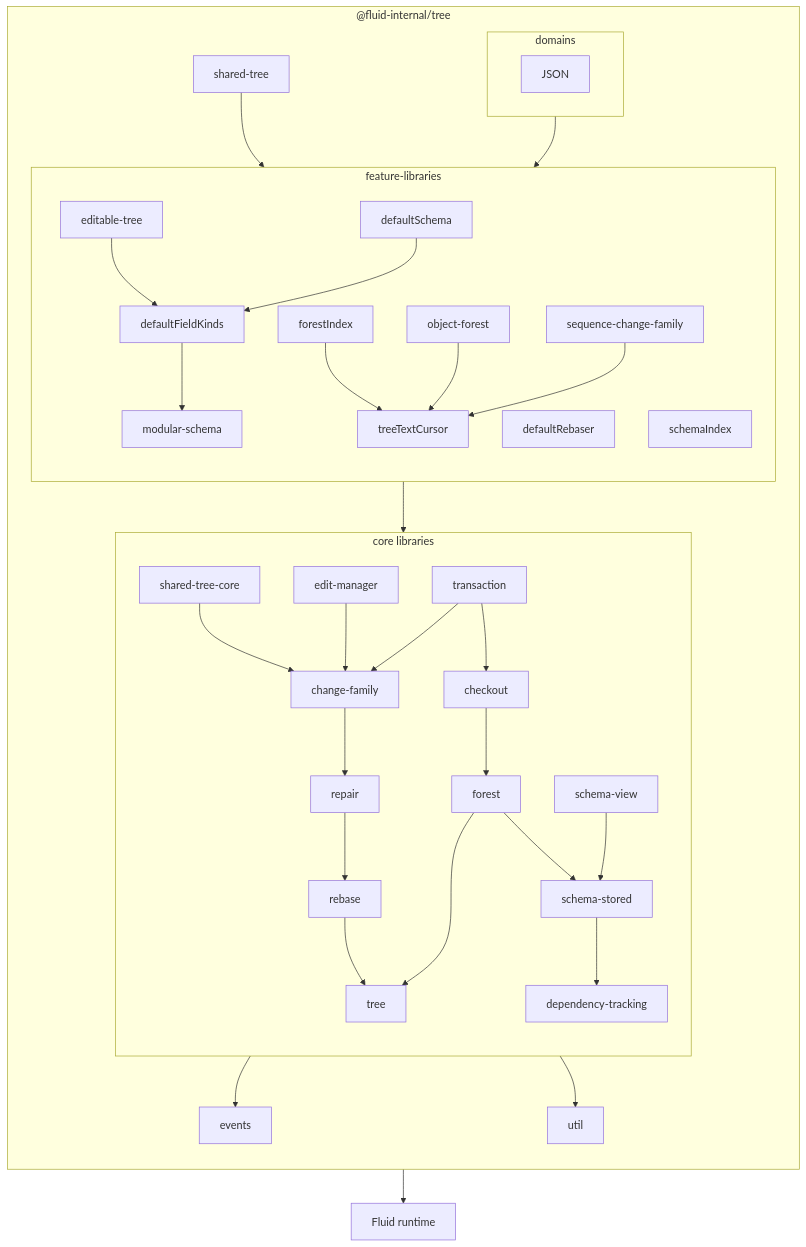
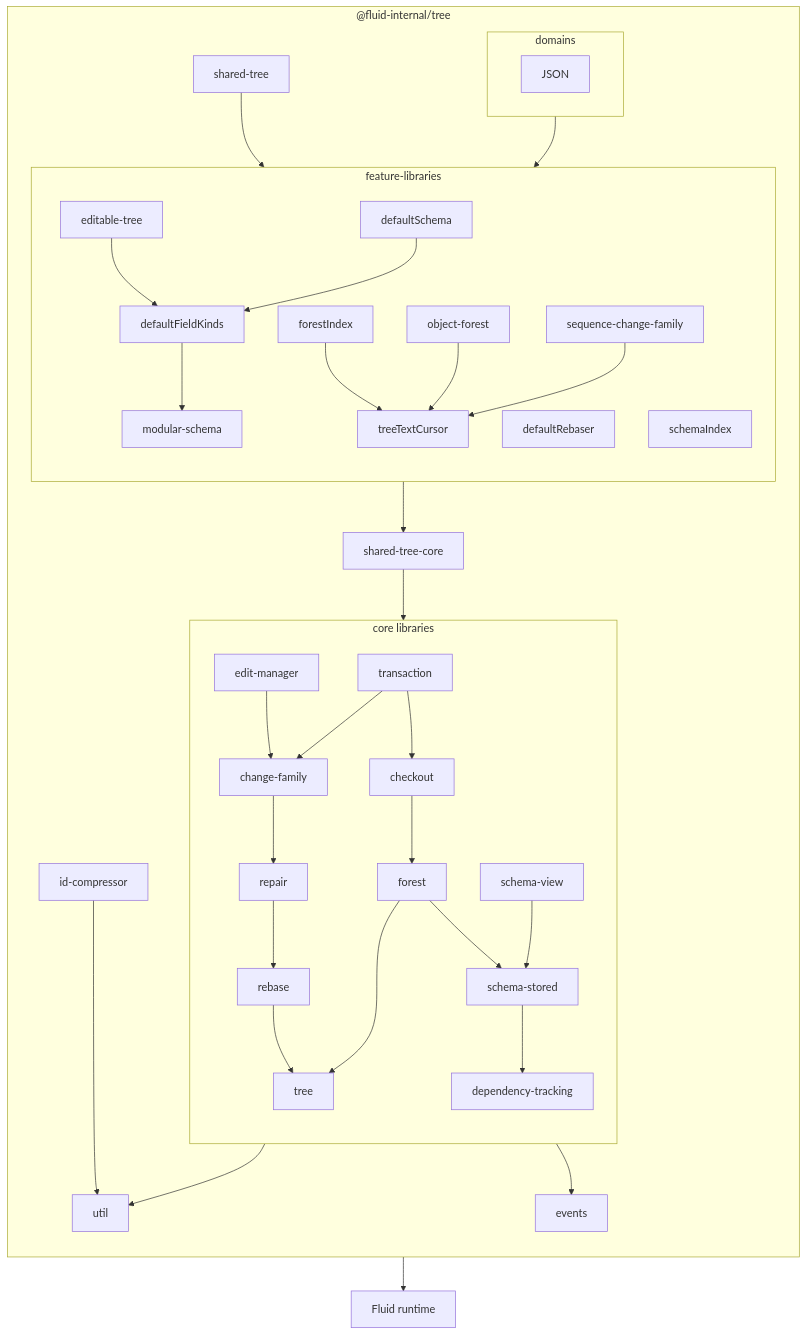
The sixth of 6 diagrams in packages/dds/tree/README.md (microsoft/FluidFramework), drawn with Mermaid before and after one commit. The commit also changed 1 other file, not shown here.

Commit message:
fence id-compressor and update Dependencies in readme

````diff
--- a/packages/dds/tree/README.md
+++ b/packages/dds/tree/README.md
@@ -298,43 +298,44 @@
 ```mermaid
 flowchart
     direction TB
     subgraph package ["@fluid-internal/tree"]
         direction TB
         subgraph core ["core libraries"]
             direction TB
             checkout-->forest
-            shared-tree-core-->change-family
             forest-->schema-stored
             change-family-->repair
             edit-manager-->change-family
             repair-->rebase
             rebase-->tree
             schema-stored-->dependency-tracking
             schema-view-->schema-stored
             transaction-->change-family
             transaction-->checkout
             dependency-tracking
             forest-->tree
         end
         core-->events
         core-->util
-        feature-->core
+        id-compressor-->util
+        feature-->shared-tree-core
+        shared-tree-core-->core
         shared-tree-->feature
         subgraph feature ["feature-libraries"]
             direction TB
             editable-tree-->defaultFieldKinds
             defaultRebaser
             defaultSchema-->defaultFieldKinds-->modular-schema
             forestIndex-->treeTextCursor
             modular-schema
             object-forest-->treeTextCursor
             schemaIndex
             sequence-change-family-->treeTextCursor
         end
         subgraph domains
             JSON
         end
         domains-->feature
     end
     package-->runtime["Fluid runtime"]
 ```
````
